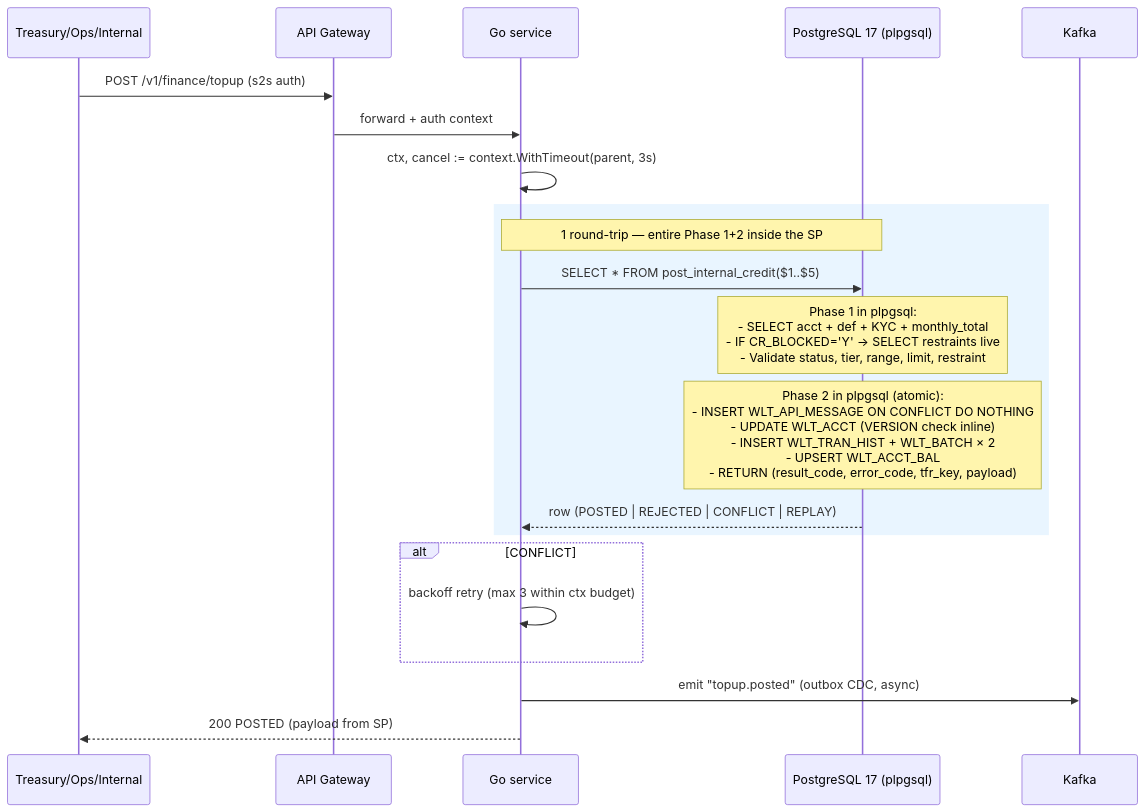
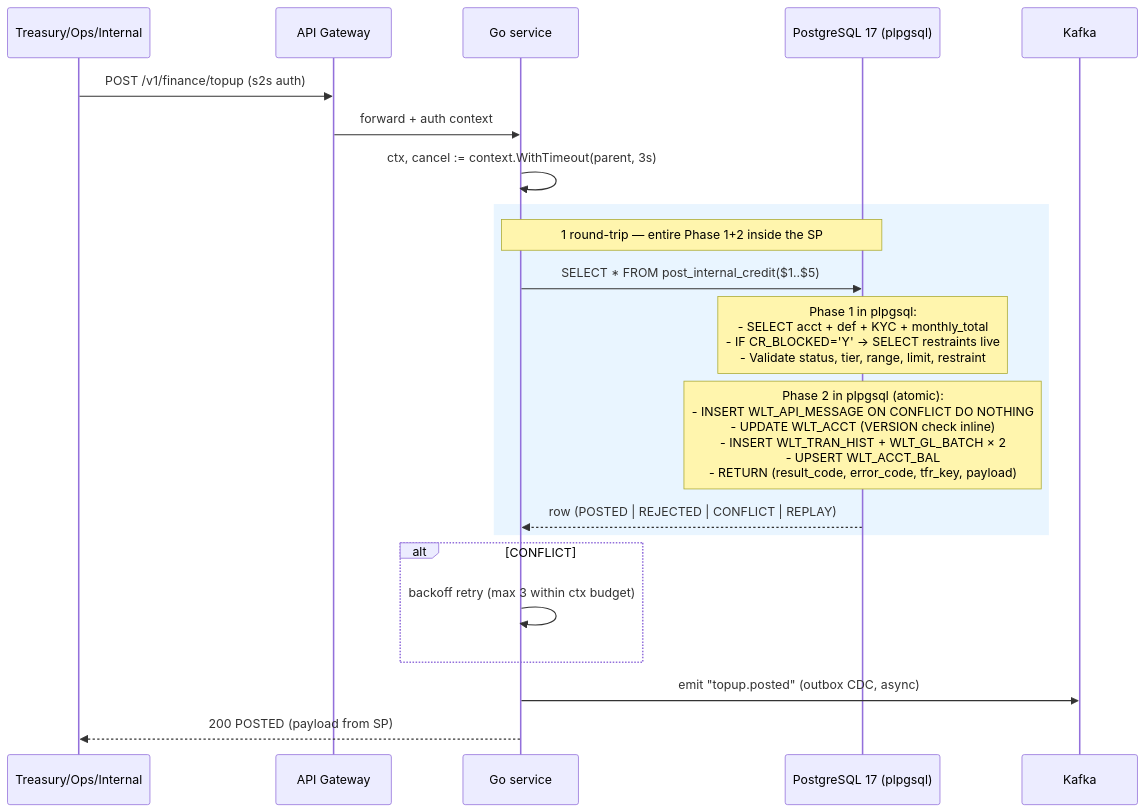
One commit to huuhoait/core-wallet changed the first of 6 diagrams in docs/specs/finance_transaction.md. Above: the diagram before and after it, drawn with Mermaid. The commit also changed other lines of this file and 26 other files, not shown here.

````diff
--- a/docs/specs/finance_transaction.md
+++ b/docs/specs/finance_transaction.md
@@ -69,28 +69,28 @@
 ```mermaid
 sequenceDiagram
   participant Caller as Treasury/Ops/Internal
   participant GW as API Gateway
   participant GO as Go service
   participant DB as PostgreSQL 17 (plpgsql)
   participant K as Kafka
 
   Caller->>GW: POST /v1/finance/topup (s2s auth)
   GW->>GO: forward + auth context
   
   GO->>GO: ctx, cancel := context.WithTimeout(parent, 3s)
   
   rect rgba(200,230,255,0.4)
     Note over GO,DB: 1 round-trip — entire Phase 1+2 inside the SP
     GO->>DB: SELECT * FROM post_internal_credit($1..$5)
     Note over DB: Phase 1 in plpgsql:<br/>- SELECT acct + def + KYC + monthly_total<br/>- IF CR_BLOCKED='Y' → SELECT restraints live<br/>- Validate status, tier, range, limit, restraint
-    Note over DB: Phase 2 in plpgsql (atomic):<br/>- INSERT WLT_API_MESSAGE ON CONFLICT DO NOTHING<br/>- UPDATE WLT_ACCT (VERSION check inline)<br/>- INSERT WLT_TRAN_HIST + WLT_BATCH × 2<br/>- UPSERT WLT_ACCT_BAL<br/>- RETURN (result_code, error_code, tfr_key, payload)
+    Note over DB: Phase 2 in plpgsql (atomic):<br/>- INSERT WLT_API_MESSAGE ON CONFLICT DO NOTHING<br/>- UPDATE WLT_ACCT (VERSION check inline)<br/>- INSERT WLT_TRAN_HIST + WLT_GL_BATCH × 2<br/>- UPSERT WLT_ACCT_BAL<br/>- RETURN (result_code, error_code, tfr_key, payload)
     DB-->>GO: row (POSTED | REJECTED | CONFLICT | REPLAY)
   end
   
   alt CONFLICT
     GO->>GO: backoff retry (max 3 within ctx budget)
   end
   
   GO->>K: emit "topup.posted" (outbox CDC, async)
   GO-->>Caller: 200 POSTED (payload from SP)
 ```
````
